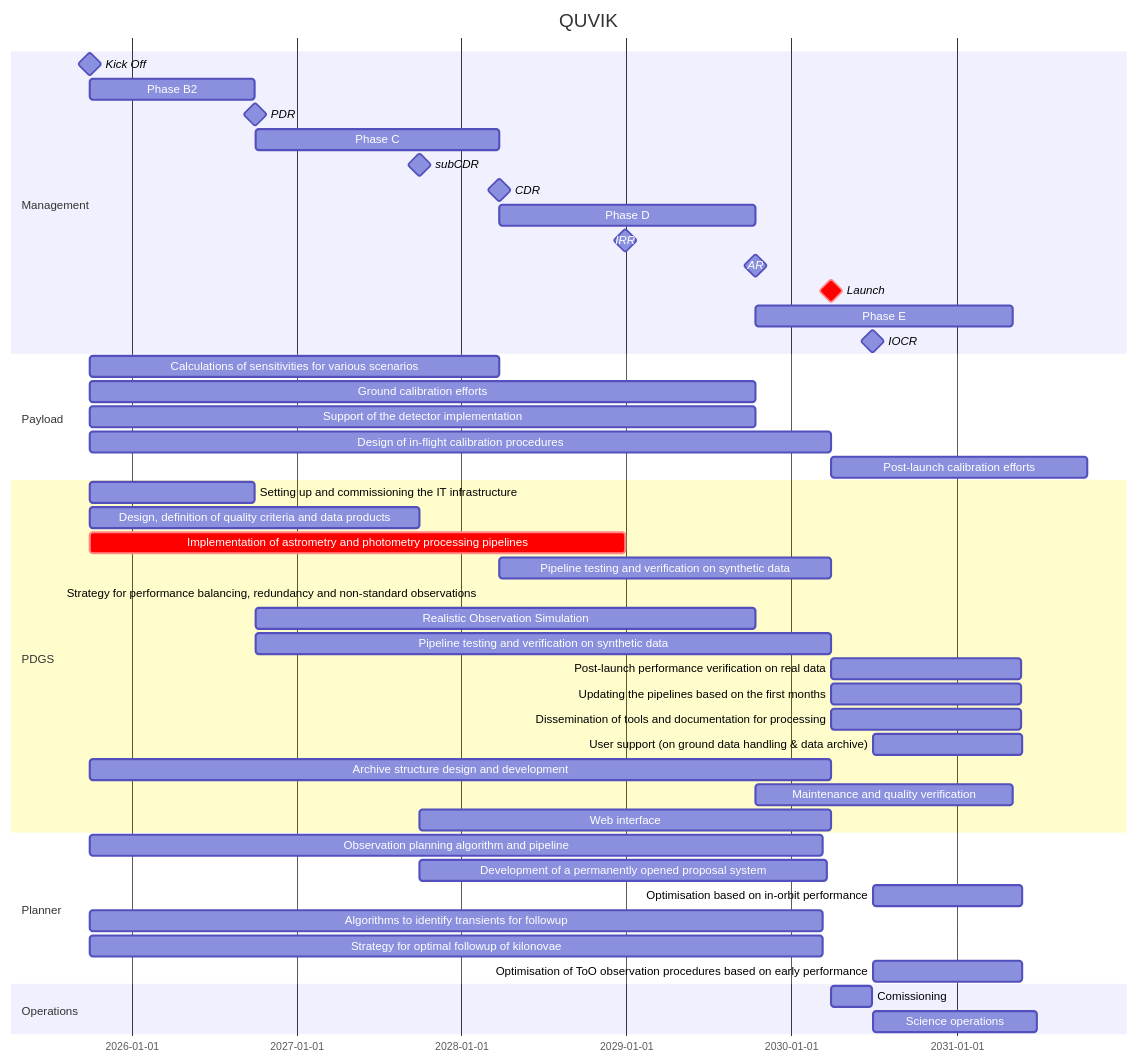
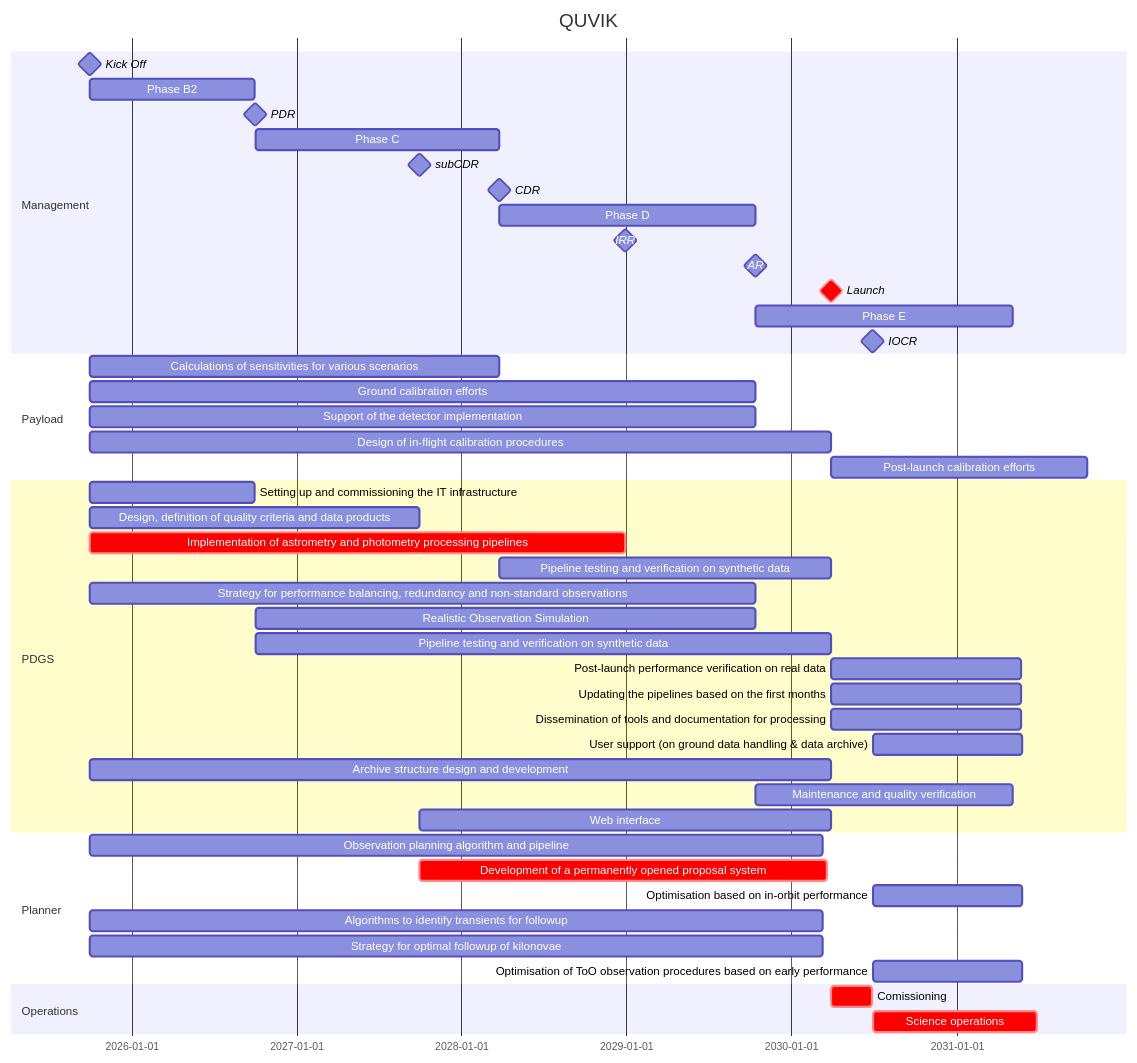
The diagram in calib/Block.md (limu007/quvik), drawn with Mermaid before and after one commit.

````diff
--- a/calib/Block.md
+++ b/calib/Block.md
@@ -3,54 +3,54 @@
 ```mermaid
 gantt
     title QUVIK
     dateFormat  YYYY-MM-DD
     section Management
     Kick Off : milestone, m1, 2025-09-31, 1d
     Phase B2 : b2, after m1, 52w
     PDR : milestone, pdr, after b2, 1d
     Phase C : c1, after pdr, 77w
     subCDR :  milestone, sc1, after des, 1d
     CDR : milestone, cdr, after c1, 1d
     Phase D : d1, after cdr, 81w
     IRR : milestone, irr, after imp, 1d
     AR : milestone, ar, after d1, 1d
     Launch : crit, milestone, frr, after dcal, 1d
     Phase E : e1, after ar, 81w
     IOCR : milestone, iocr, after e2, 1d
 
     section Payload
     Calculations of sensitivities for various scenarios :  after m1 , until cdr
     Ground calibration efforts :  after m1 , until ar
     Support of the detector implementation :  after m1 , until ar 
     Design of in-flight calibration procedures :  dcal, after m1 , 234w
     Post-launch calibration efforts :  after frr , 81w 
 
     section PDGS
     Setting up and commissioning the IT infrastructure : after m1, until pdr
     Design, definition of quality criteria and data products : 	des, after m1	, 104w
     Implementation of astrometry and photometry processing pipelines :crit, imp, after m1 , 169w
     Pipeline testing and verification on synthetic data : pp, after cdr, until frr
-    Strategy for performance balancing, redundancy and non-standard observations :  after m1 , until arr
+    Strategy for performance balancing, redundancy and non-standard observations :  after m1 , until ar
     Realistic Observation Simulation :  after pdr , until ar
     Pipeline testing and verification on synthetic data :  after pdr , until frr
     Post-launch performance verification on real data :  after frr , 420d
     Updating the pipelines based on the first months :  after frr , 420d
     Dissemination of tools and documentation for processing :  after frr , 420d
      User support (on ground data handling & data archive) :  after iocr , 330d
      Archive structure design and development :  after m1 , until frr
      Maintenance and quality verification :  after ar , 81w
      Web interface :  after sc1 , until frr
 
     section Planner
     Observation planning algorithm and pipeline :  after m1 , 1620d
-    Development of a permanently opened proposal system :  after sc1 , 900d
+    Development of a permanently opened proposal system :crit,  after sc1 , 900d
     Optimisation based on in-orbit performance :  after iocr , 330d
     Algorithms to identify transients for followup :  after m1 , 1620d
     Strategy for optimal followup of kilonovae :  after m1 , 1620d
     Optimisation of ToO observation procedures based on early performance :  after iocr , 330d
 
     section Operations
-    Comissioning : e2, after frr, 13w
-    Science operations : e3, after iocr, 52w
+    Comissioning :crit, e2, after frr, 13w
+    Science operations :crit, e3, after iocr, 52w
 
 ```
````
